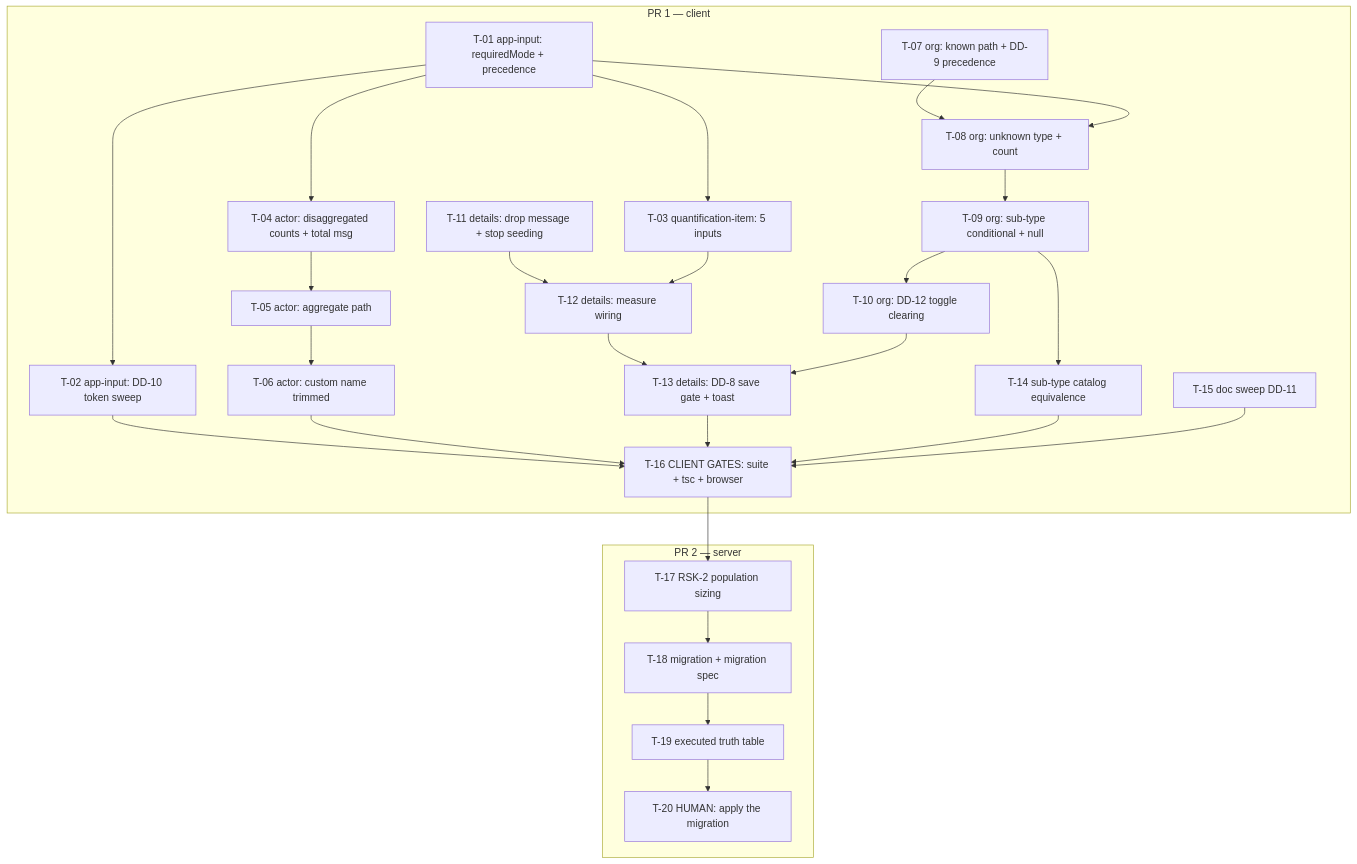
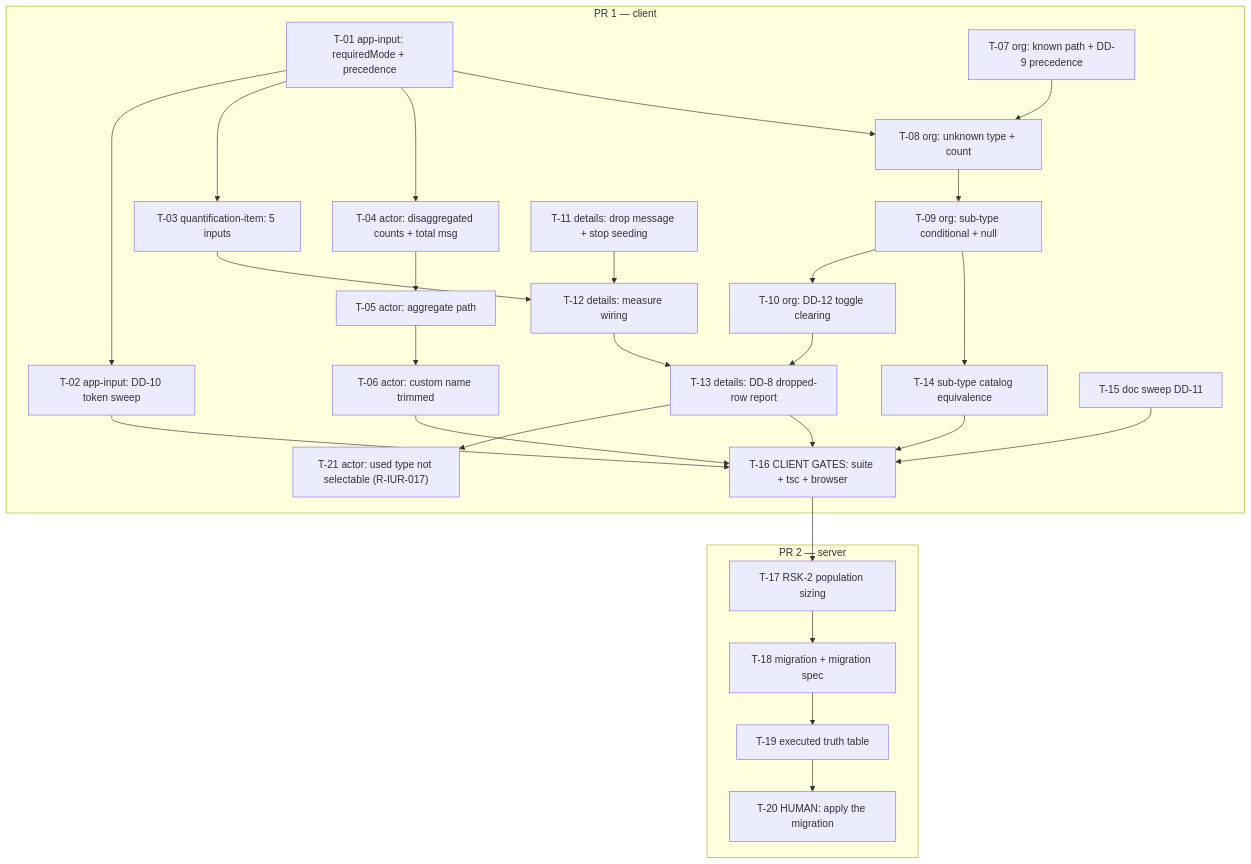
The diagram in docs/specs/changes/innovation-use-required-fields/tasks.md (AllianceBioversityCIAT/alliance-research-indicators-main), drawn with Mermaid before and after one commit. The commit also changed other lines of this file and 3 other files, not shown here.

````diff
--- a/docs/specs/changes/innovation-use-required-fields/tasks.md
+++ b/docs/specs/changes/innovation-use-required-fields/tasks.md
@@ -54,31 +54,32 @@
 ```mermaid
 graph TD
   subgraph PR1["PR 1 — client"]
     T01["T-01 app-input: requiredMode + precedence"] --> T02["T-02 app-input: DD-10 token sweep"]
     T01 --> T03["T-03 quantification-item: 5 inputs"]
     T01 --> T04["T-04 actor: disaggregated counts + total msg"]
     T04 --> T05["T-05 actor: aggregate path"]
     T05 --> T06["T-06 actor: custom name trimmed"]
     T07["T-07 org: known path + DD-9 precedence"] --> T08["T-08 org: unknown type + count"]
     T01 --> T08
     T08 --> T09["T-09 org: sub-type conditional + null"]
     T09 --> T10["T-10 org: DD-12 toggle clearing"]
     T09 --> T14["T-14 sub-type catalog equivalence"]
     T11["T-11 details: drop message + stop seeding"] --> T12["T-12 details: measure wiring"]
     T03 --> T12
-    T12 --> T13["T-13 details: DD-8 save gate + toast"]
+    T12 --> T13["T-13 details: DD-8 dropped-row report"]
+    T13 --> T21["T-21 actor: used type not selectable (R-IUR-017)"]
     T10 --> T13
     T15["T-15 doc sweep DD-11"]
     T02 --> T16["T-16 CLIENT GATES: suite + tsc + browser"]
     T06 --> T16
     T13 --> T16
     T14 --> T16
     T15 --> T16
   end
   subgraph PR2["PR 2 — server"]
     T17["T-17 RSK-2 population sizing"] --> T18["T-18 migration + migration spec"]
     T18 --> T19["T-19 executed truth table"]
     T19 --> T20["T-20 HUMAN: apply the migration"]
   end
   T16 --> T17
 ```
````
